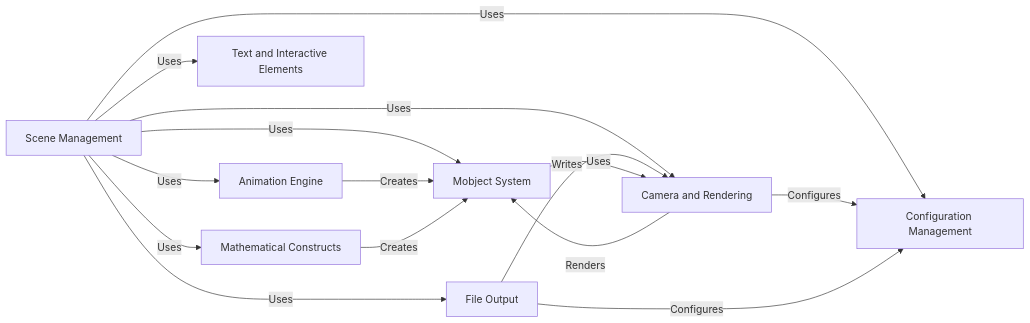
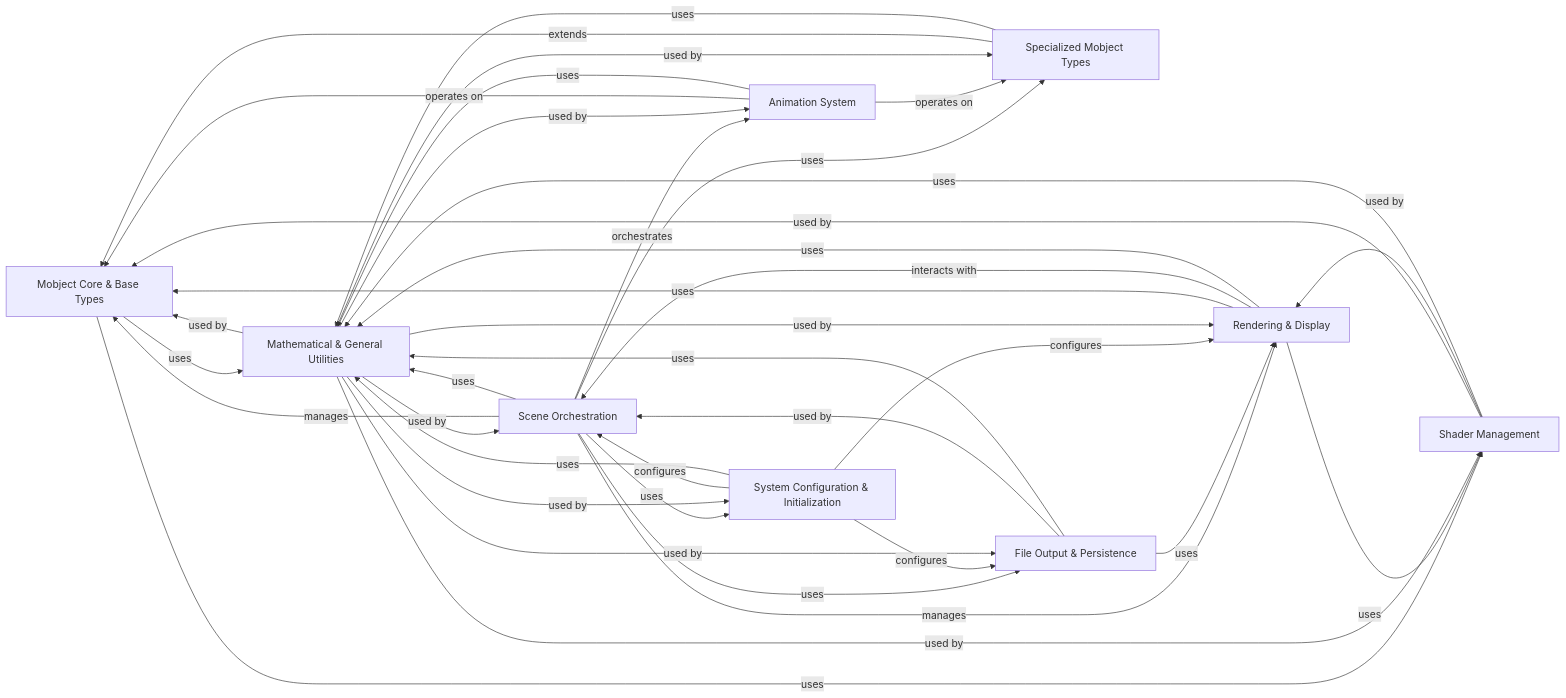
The diagram in manim/on_boarding.md (CodeBoarding/GeneratedOnBoardings), drawn with Mermaid before and after one commit. The commit also changed other lines of this file and 17 other files, not shown here.

````diff
--- a/manim/on_boarding.md
+++ b/manim/on_boarding.md
@@ -1,33 +1,57 @@
 ```mermaid
 graph LR
-    Scene_Management["Scene Management"]
-    Mobject_System["Mobject System"]
-    Animation_Engine["Animation Engine"]
-    Camera_and_Rendering["Camera and Rendering"]
-    Configuration_Management["Configuration Management"]
-    File_Output["File Output"]
-    Text_and_Interactive_Elements["Text and Interactive Elements"]
-    Mathematical_Constructs["Mathematical Constructs"]
-    Scene_Management -- "Uses" --> Mobject_System
-    Scene_Management -- "Uses" --> Animation_Engine
-    Scene_Management -- "Uses" --> Camera_and_Rendering
-    Scene_Management -- "Uses" --> File_Output
-    Scene_Management -- "Uses" --> Configuration_Management
-    Scene_Management -- "Uses" --> Text_and_Interactive_Elements
-    Scene_Management -- "Uses" --> Mathematical_Constructs
-    Camera_and_Rendering -- "Configures" --> Configuration_Management
-    File_Output -- "Configures" --> Configuration_Management
-    Animation_Engine -- "Creates" --> Mobject_System
-    Camera_and_Rendering -- "Renders" --> Mobject_System
-    File_Output -- "Writes" --> Camera_and_Rendering
-    Mathematical_Constructs -- "Creates" --> Mobject_System
-    Mobject_System -- "Uses" --> Camera_and_Rendering
-    click Scene_Management href "https://github.com/CodeBoarding/GeneratedOnBoardings/blob/main/manim/Scene Management.md" "Details"
-    click Mobject_System href "https://github.com/CodeBoarding/GeneratedOnBoardings/blob/main/manim/Mobject System.md" "Details"
-    click Animation_Engine href "https://github.com/CodeBoarding/GeneratedOnBoardings/blob/main/manim/Animation Engine.md" "Details"
-    click Camera_and_Rendering href "https://github.com/CodeBoarding/GeneratedOnBoardings/blob/main/manim/Camera and Rendering.md" "Details"
-    click Configuration_Management href "https://github.com/CodeBoarding/GeneratedOnBoardings/blob/main/manim/Configuration Management.md" "Details"
-    click File_Output href "https://github.com/CodeBoarding/GeneratedOnBoardings/blob/main/manim/File Output.md" "Details"
-    click Text_and_Interactive_Elements href "https://github.com/CodeBoarding/GeneratedOnBoardings/blob/main/manim/Text and Interactive Elements.md" "Details"
-    click Mathematical_Constructs href "https://github.com/CodeBoarding/GeneratedOnBoardings/blob/main/manim/Mathematical Constructs.md" "Details"
+    Mobject_Core_Base_Types["Mobject Core & Base Types"]
+    Specialized_Mobject_Types["Specialized Mobject Types"]
+    Scene_Orchestration["Scene Orchestration"]
+    Animation_System["Animation System"]
+    Rendering_Display["Rendering & Display"]
+    Shader_Management["Shader Management"]
+    File_Output_Persistence["File Output & Persistence"]
+    System_Configuration_Initialization["System Configuration & Initialization"]
+    Mathematical_General_Utilities["Mathematical & General Utilities"]
+    Mobject_Core_Base_Types -- "uses" --> Mathematical_General_Utilities
+    Mobject_Core_Base_Types -- "uses" --> Shader_Management
+    Specialized_Mobject_Types -- "extends" --> Mobject_Core_Base_Types
+    Specialized_Mobject_Types -- "uses" --> Mathematical_General_Utilities
+    Scene_Orchestration -- "manages" --> Mobject_Core_Base_Types
+    Scene_Orchestration -- "manages" --> Rendering_Display
+    Scene_Orchestration -- "uses" --> File_Output_Persistence
+    Scene_Orchestration -- "orchestrates" --> Animation_System
+    Scene_Orchestration -- "uses" --> Mathematical_General_Utilities
+    Scene_Orchestration -- "uses" --> Specialized_Mobject_Types
+    Scene_Orchestration -- "uses" --> System_Configuration_Initialization
+    Animation_System -- "operates on" --> Mobject_Core_Base_Types
+    Animation_System -- "operates on" --> Specialized_Mobject_Types
+    Animation_System -- "uses" --> Mathematical_General_Utilities
+    Rendering_Display -- "uses" --> Shader_Management
+    Rendering_Display -- "uses" --> Mobject_Core_Base_Types
+    Rendering_Display -- "interacts with" --> Scene_Orchestration
+    Rendering_Display -- "uses" --> Mathematical_General_Utilities
+    Shader_Management -- "used by" --> Mobject_Core_Base_Types
+    Shader_Management -- "used by" --> Rendering_Display
+    Shader_Management -- "uses" --> Mathematical_General_Utilities
+    File_Output_Persistence -- "used by" --> Scene_Orchestration
+    File_Output_Persistence -- "uses" --> Rendering_Display
+    File_Output_Persistence -- "uses" --> Mathematical_General_Utilities
+    System_Configuration_Initialization -- "configures" --> Scene_Orchestration
+    System_Configuration_Initialization -- "configures" --> Rendering_Display
+    System_Configuration_Initialization -- "configures" --> File_Output_Persistence
+    System_Configuration_Initialization -- "uses" --> Mathematical_General_Utilities
+    Mathematical_General_Utilities -- "used by" --> Mobject_Core_Base_Types
+    Mathematical_General_Utilities -- "used by" --> Specialized_Mobject_Types
+    Mathematical_General_Utilities -- "used by" --> Scene_Orchestration
+    Mathematical_General_Utilities -- "used by" --> Animation_System
+    Mathematical_General_Utilities -- "used by" --> Rendering_Display
+    Mathematical_General_Utilities -- "used by" --> Shader_Management
+    Mathematical_General_Utilities -- "used by" --> File_Output_Persistence
+    Mathematical_General_Utilities -- "used by" --> System_Configuration_Initialization
+    click Mobject_Core_Base_Types href "https://github.com/CodeBoarding/GeneratedOnBoardings/blob/main/manim/Mobject Core & Base Types.md" "Details"
+    click Specialized_Mobject_Types href "https://github.com/CodeBoarding/GeneratedOnBoardings/blob/main/manim/Specialized Mobject Types.md" "Details"
+    click Scene_Orchestration href "https://github.com/CodeBoarding/GeneratedOnBoardings/blob/main/manim/Scene Orchestration.md" "Details"
+    click Animation_System href "https://github.com/CodeBoarding/GeneratedOnBoardings/blob/main/manim/Animation System.md" "Details"
+    click Rendering_Display href "https://github.com/CodeBoarding/GeneratedOnBoardings/blob/main/manim/Rendering & Display.md" "Details"
+    click Shader_Management href "https://github.com/CodeBoarding/GeneratedOnBoardings/blob/main/manim/Shader Management.md" "Details"
+    click File_Output_Persistence href "https://github.com/CodeBoarding/GeneratedOnBoardings/blob/main/manim/File Output & Persistence.md" "Details"
+    click System_Configuration_Initialization href "https://github.com/CodeBoarding/GeneratedOnBoardings/blob/main/manim/System Configuration & Initialization.md" "Details"
+    click Mathematical_General_Utilities href "https://github.com/CodeBoarding/GeneratedOnBoardings/blob/main/manim/Mathematical & General Utilities.md" "Details"
 ```
````
